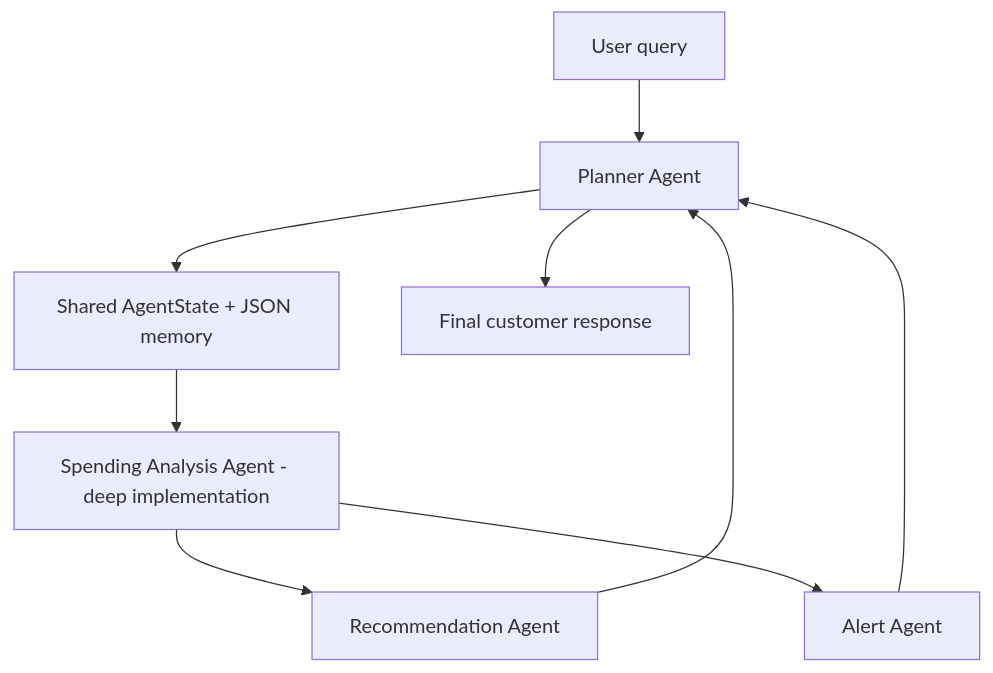
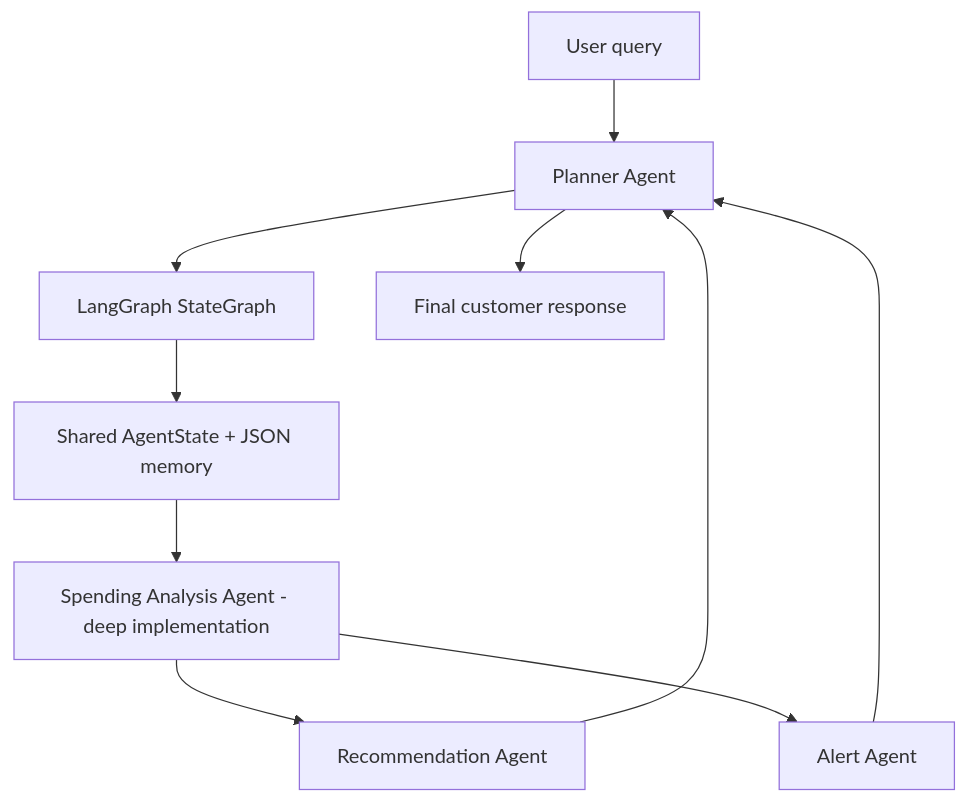
Before and after one commit to prashantmisraai/finance-advisor-agents: the diagram in README.md, drawn with Mermaid. The commit also changed other lines of this file and 8 other files, not shown here.

````diff
--- a/README.md
+++ b/README.md
@@ -32,11 +74,12 @@
 ```mermaid
 flowchart TD
     User["User query"] --> Planner["Planner Agent"]
-    Planner --> State["Shared AgentState + JSON memory"]
+    Planner --> Graph["LangGraph StateGraph"]
+    Graph --> State["Shared AgentState + JSON memory"]
     State --> Spending["Spending Analysis Agent - deep implementation"]
     Spending --> Recommendation["Recommendation Agent"]
     Spending --> Alert["Alert Agent"]
     Recommendation --> Planner
     Alert --> Planner
     Planner --> Final["Final customer response"]
 ```
````
